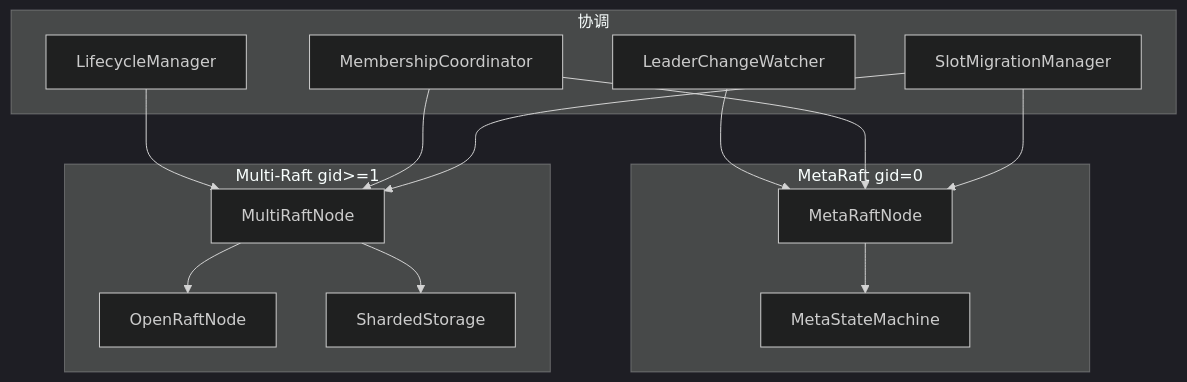
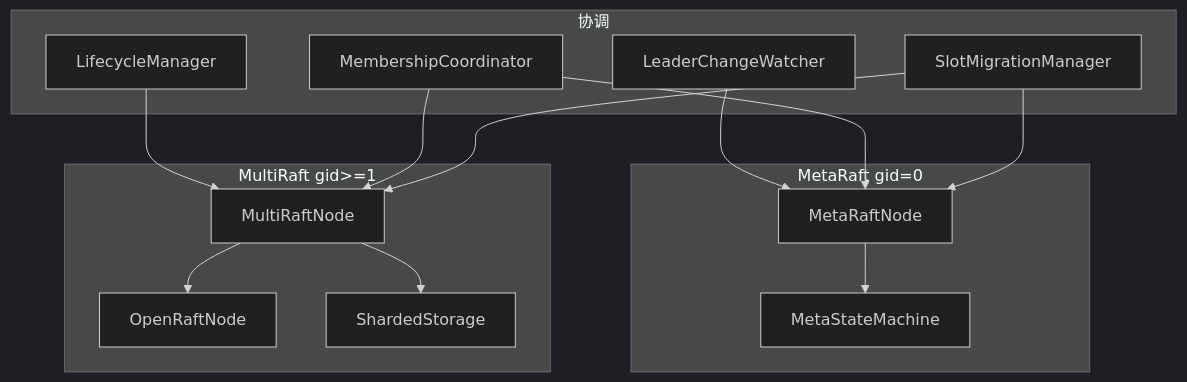
The first of 4 diagrams in docs/modules/03-cluster.md (Genuineh/AiDb), drawn with Mermaid (dark theme) before and after one commit. The commit also changed other lines of this file and 11 other files, not shown here.

````diff
--- a/docs/modules/03-cluster.md
+++ b/docs/modules/03-cluster.md
@@ -25,27 +25,27 @@
 ```mermaid
 flowchart TB
   subgraph ctrl [MetaRaft gid=0]
     MR[MetaRaftNode]
     MSM[MetaStateMachine]
   end
-  subgraph data [Multi-Raft gid>=1]
+  subgraph data [MultiRaft gid>=1]
     MRN[MultiRaftNode]
     ORN[OpenRaftNode]
     SS[ShardedStorage]
   end
   subgraph coord [协调]
     LM[LifecycleManager]
     LW[LeaderChangeWatcher]
     MC[MembershipCoordinator]
     SM[SlotMigrationManager]
   end
   MR --> MSM
   MRN --> ORN
   MRN --> SS
   LM --> MRN
   LW --> MR
   MC --> MR
   MC --> MRN
   SM --> MR
   SM --> MRN
 ```
````
